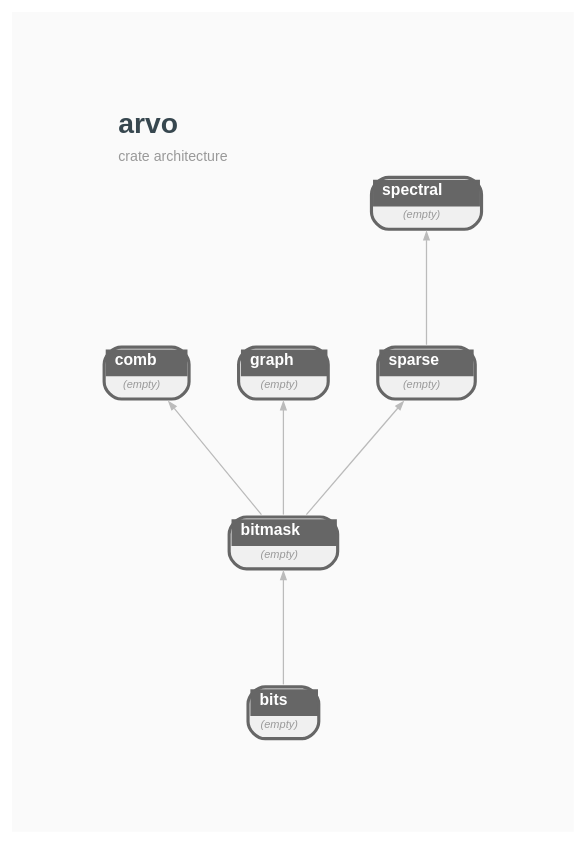
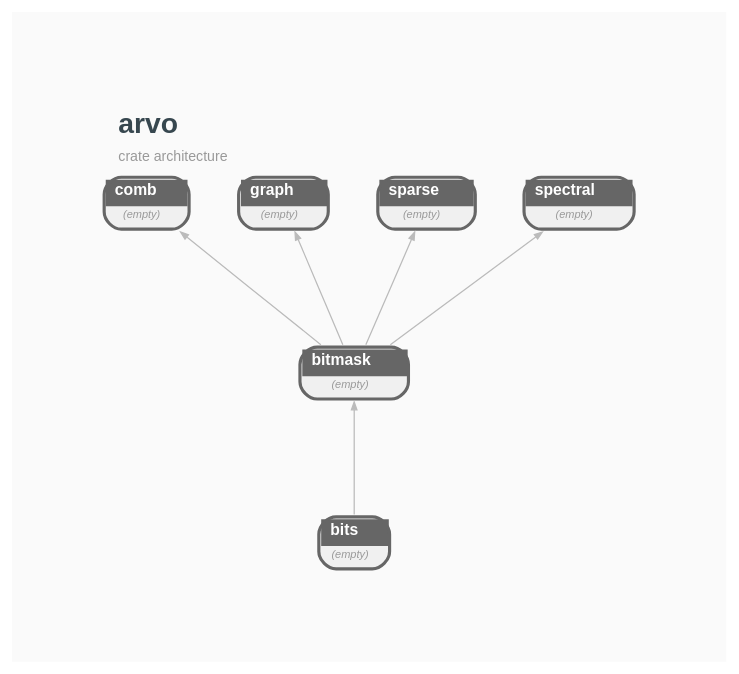
Before and after one commit to orgrinrt/arvo: the diagram in docs/STRUCTURE.GRAPH.dot, drawn with Graphviz. The commit also changed 20 other files, not shown here.

Commit message:
docs: arvo-bitmask Cap/USize DESIGN + BACKLOG cleanup

```diff
--- a/docs/STRUCTURE.GRAPH.dot
+++ b/docs/STRUCTURE.GRAPH.dot
@@ -1,40 +1,39 @@
 // AUTO-GENERATED — DO NOT EDIT DIRECTLY
 //
 // Generated by: mockspace (mock)
-// Generated at: 2026-04-19T18:44:24Z
+// Generated at: 2026-04-19T19:18:31Z
 // Source: mock/
 // To regenerate: cargo mock
 
 digraph arvo {
     rankdir=BT;
     newrank=true;
     bgcolor="#FAFAFA";
     graph [fontname="Helvetica", fontsize=10, pad=0.8, nodesep=0.4, ranksep=1.0];
     node [fontname="Helvetica", fontsize=8];
     edge [fontname="Helvetica", fontsize=7, color="#BBBBBB", arrowsize=0.5, penwidth=0.8];
 
     labelloc=t;
     labeljust=l;
     label=<<TABLE BORDER="0" CELLBORDER="0" CELLSPACING="0"><TR><TD ALIGN="LEFT"><FONT POINT-SIZE="18" COLOR="#37474F"><B>arvo</B></FONT></TD></TR><TR><TD ALIGN="LEFT"><FONT POINT-SIZE="9" COLOR="#999999">crate architecture</FONT></TD></TR></TABLE>>;
 
     arvo_bitmask [shape=none, margin=0, label=<<TABLE BORDER="2" CELLBORDER="0" CELLSPACING="0" CELLPADDING="3" BGCOLOR="#F0F0F0" COLOR="#666666" STYLE="ROUNDED"><TR><TD COLSPAN="2" BGCOLOR="#666666" ALIGN="CENTER"><FONT COLOR="white" POINT-SIZE="10"><B>  bitmask  </B></FONT></TD></TR><TR><TD COLSPAN="2"><FONT COLOR="#999999" POINT-SIZE="7"><I>(empty)</I></FONT></TD></TR></TABLE>>];
     arvo_bits [shape=none, margin=0, label=<<TABLE BORDER="2" CELLBORDER="0" CELLSPACING="0" CELLPADDING="3" BGCOLOR="#F0F0F0" COLOR="#666666" STYLE="ROUNDED"><TR><TD COLSPAN="2" BGCOLOR="#666666" ALIGN="CENTER"><FONT COLOR="white" POINT-SIZE="10"><B>  bits  </B></FONT></TD></TR><TR><TD COLSPAN="2"><FONT COLOR="#999999" POINT-SIZE="7"><I>(empty)</I></FONT></TD></TR></TABLE>>];
     arvo_comb [shape=none, margin=0, label=<<TABLE BORDER="2" CELLBORDER="0" CELLSPACING="0" CELLPADDING="3" BGCOLOR="#F0F0F0" COLOR="#666666" STYLE="ROUNDED"><TR><TD COLSPAN="2" BGCOLOR="#666666" ALIGN="CENTER"><FONT COLOR="white" POINT-SIZE="10"><B>  comb  </B></FONT></TD></TR><TR><TD COLSPAN="2"><FONT COLOR="#999999" POINT-SIZE="7"><I>(empty)</I></FONT></TD></TR></TABLE>>];
     arvo_graph [shape=none, margin=0, label=<<TABLE BORDER="2" CELLBORDER="0" CELLSPACING="0" CELLPADDING="3" BGCOLOR="#F0F0F0" COLOR="#666666" STYLE="ROUNDED"><TR><TD COLSPAN="2" BGCOLOR="#666666" ALIGN="CENTER"><FONT COLOR="white" POINT-SIZE="10"><B>  graph  </B></FONT></TD></TR><TR><TD COLSPAN="2"><FONT COLOR="#999999" POINT-SIZE="7"><I>(empty)</I></FONT></TD></TR></TABLE>>];
     arvo_sparse [shape=none, margin=0, label=<<TABLE BORDER="2" CELLBORDER="0" CELLSPACING="0" CELLPADDING="3" BGCOLOR="#F0F0F0" COLOR="#666666" STYLE="ROUNDED"><TR><TD COLSPAN="2" BGCOLOR="#666666" ALIGN="CENTER"><FONT COLOR="white" POINT-SIZE="10"><B>  sparse  </B></FONT></TD></TR><TR><TD COLSPAN="2"><FONT COLOR="#999999" POINT-SIZE="7"><I>(empty)</I></FONT></TD></TR></TABLE>>];
     arvo_spectral [shape=none, margin=0, label=<<TABLE BORDER="2" CELLBORDER="0" CELLSPACING="0" CELLPADDING="3" BGCOLOR="#F0F0F0" COLOR="#666666" STYLE="ROUNDED"><TR><TD COLSPAN="2" BGCOLOR="#666666" ALIGN="CENTER"><FONT COLOR="white" POINT-SIZE="10"><B>  spectral  </B></FONT></TD></TR><TR><TD COLSPAN="2"><FONT COLOR="#999999" POINT-SIZE="7"><I>(empty)</I></FONT></TD></TR></TABLE>>];
 
     { rank=same; arvo_bits; } // depth 1
     { rank=same; arvo_bitmask; } // depth 2
-    { rank=same; arvo_comb; arvo_graph; arvo_sparse; } // depth 3
-    { rank=same; arvo_spectral; } // depth 4
+    { rank=same; arvo_comb; arvo_graph; arvo_sparse; arvo_spectral; } // depth 3
 
 
     // Dependency edges (transitively reduced)
     arvo_bits -> arvo_bitmask;
     arvo_bitmask -> arvo_comb;
     arvo_bitmask -> arvo_graph;
     arvo_bitmask -> arvo_sparse;
-    arvo_sparse -> arvo_spectral;
+    arvo_bitmask -> arvo_spectral;
 
 }
```
